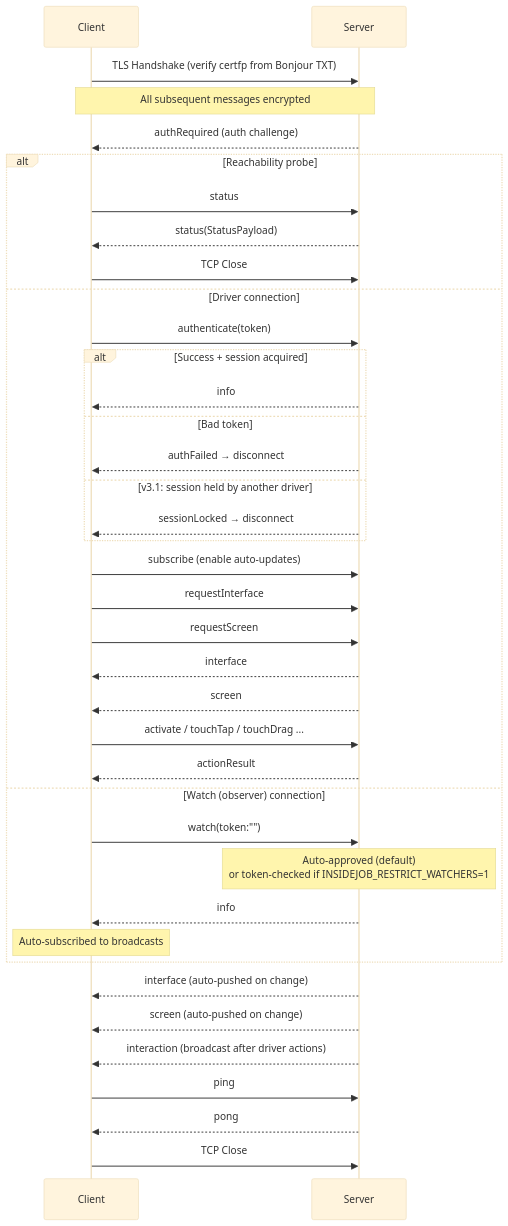
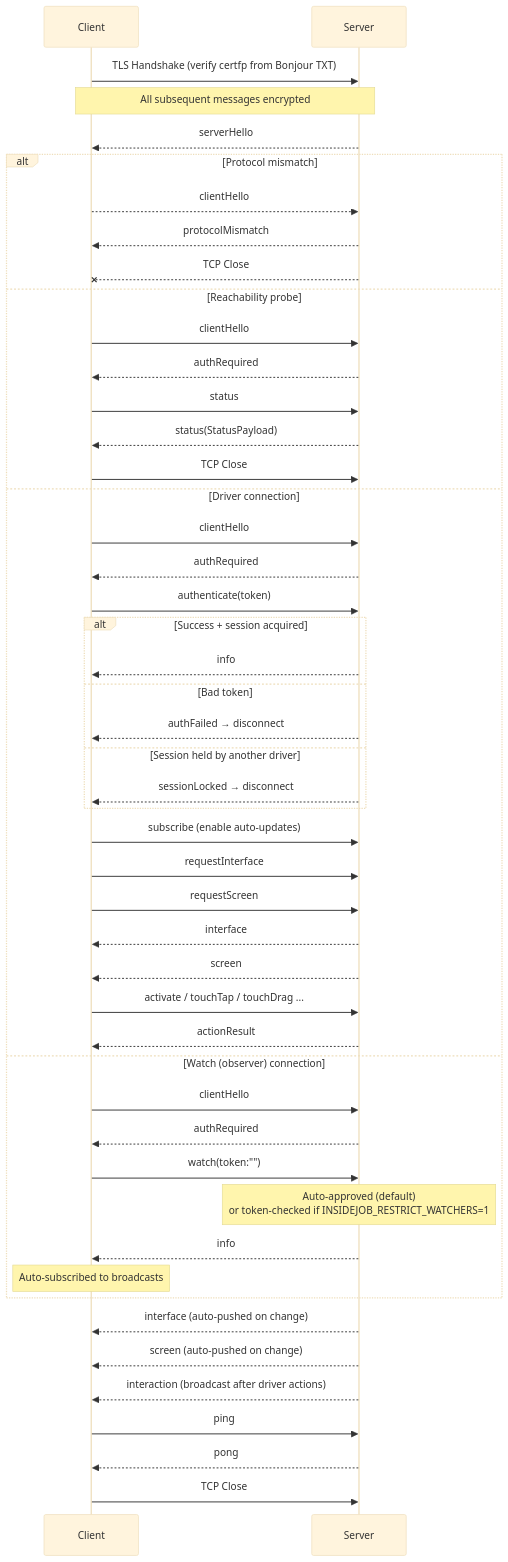
The first of 3 diagrams in docs/WIRE-PROTOCOL.md (RoyalPineapple/TheButtonHeist), drawn with Mermaid (base theme) before and after one commit. The commit also changed other lines of this file and 30 other files, not shown here.

````diff
--- a/docs/WIRE-PROTOCOL.md
+++ b/docs/WIRE-PROTOCOL.md
@@ -43,48 +45,58 @@
 ```mermaid
 sequenceDiagram
     participant Client
     participant Server
 
     Client->>Server: TLS Handshake (verify certfp from Bonjour TXT)
     Note over Client,Server: All subsequent messages encrypted
-    Server-->>Client: authRequired (auth challenge)
+    Server-->>Client: serverHello
 
-    alt Reachability probe
+    alt Protocol mismatch
+        Client-->>Server: clientHello
+        Server-->>Client: protocolMismatch
+        Server--xClient: TCP Close
+    else Reachability probe
+        Client->>Server: clientHello
+        Server-->>Client: authRequired
         Client->>Server: status
         Server-->>Client: status(StatusPayload)
         Client->>Server: TCP Close
     else Driver connection
+        Client->>Server: clientHello
+        Server-->>Client: authRequired
         Client->>Server: authenticate(token)
 
         alt Success + session acquired
             Server-->>Client: info
         else Bad token
             Server-->>Client: authFailed → disconnect
-        else v3.1: session held by another driver
+        else Session held by another driver
             Server-->>Client: sessionLocked → disconnect
         end
 
         Client->>Server: subscribe (enable auto-updates)
         Client->>Server: requestInterface
         Client->>Server: requestScreen
         Server-->>Client: interface
         Server-->>Client: screen
 
         Client->>Server: activate / touchTap / touchDrag ...
         Server-->>Client: actionResult
     else Watch (observer) connection
+        Client->>Server: clientHello
+        Server-->>Client: authRequired
         Client->>Server: watch(token:"")
         Note over Server: Auto-approved (default)<br>or token-checked if INSIDEJOB_RESTRICT_WATCHERS=1
         Server-->>Client: info
         Note over Client: Auto-subscribed to broadcasts
     end
 
     Server-->>Client: interface (auto-pushed on change)
     Server-->>Client: screen (auto-pushed on change)
     Server-->>Client: interaction (broadcast after driver actions)
 
     Client->>Server: ping
     Server-->>Client: pong
 
     Client->>Server: TCP Close
 ```
````
